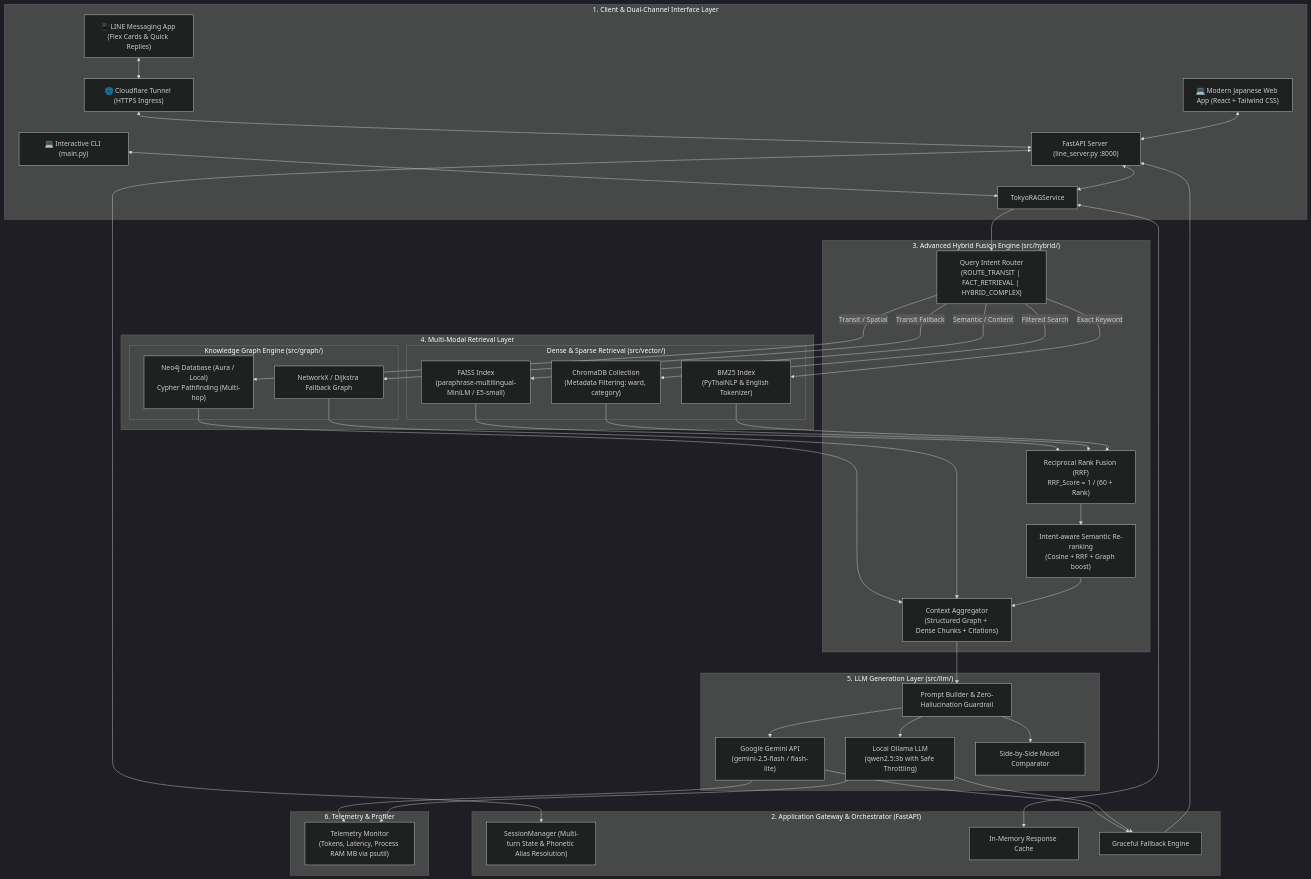
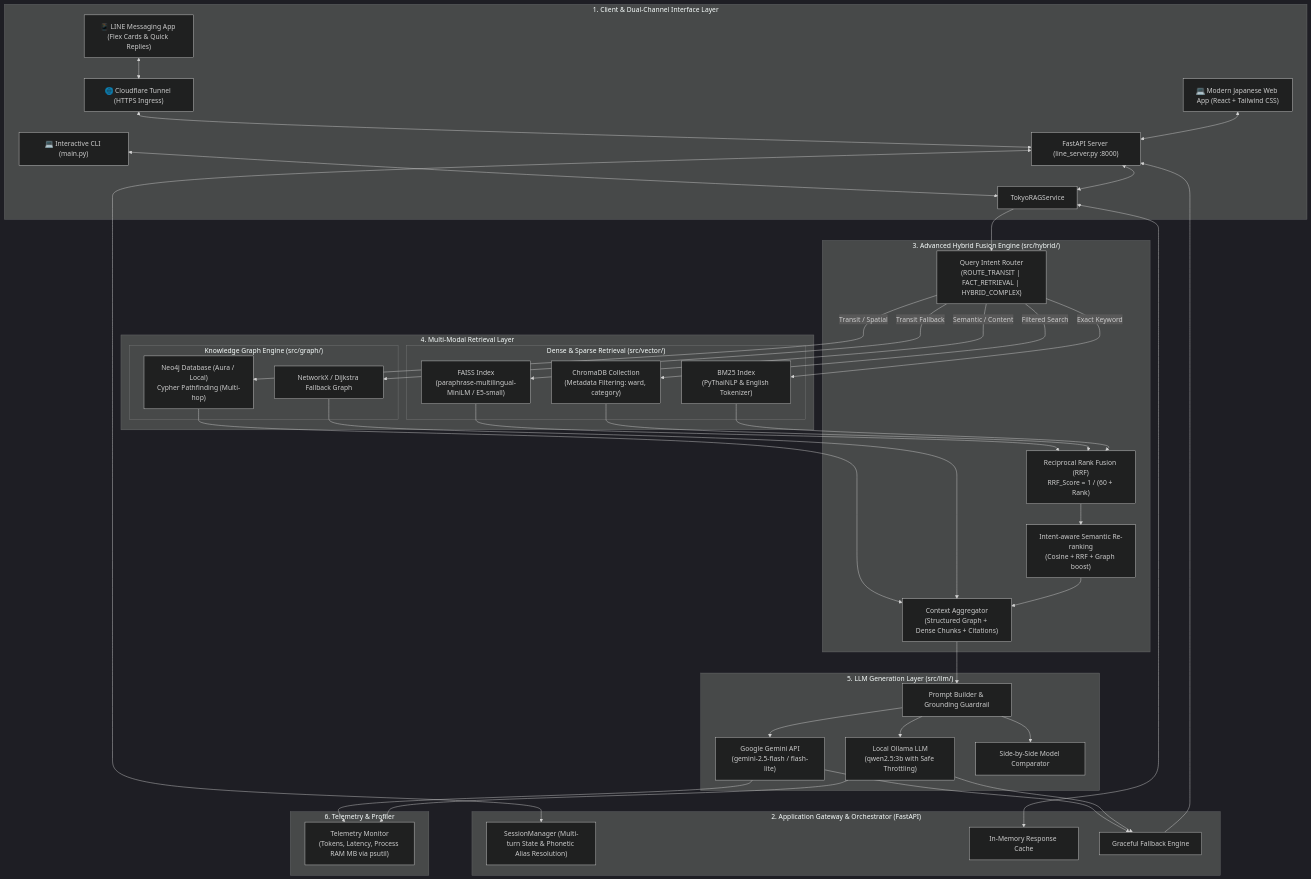
The diagram in README.md (xhier2547/Rag_Tokyo_Line), drawn with Mermaid (dark theme) before and after one commit. The commit also changed other lines of this file and 22 other files, not shown here.

````diff
--- a/README.md
+++ b/README.md
@@ -52,73 +52,73 @@
 ```mermaid
 flowchart TD
     subgraph ClientLayer ["1. Client & Dual-Channel Interface Layer"]
         LINE["📱 LINE Messaging App (Flex Cards & Quick Replies)"]
         WEB["💻 Modern Japanese Web App (React + Tailwind CSS)"]
         CLI["💻 Interactive CLI (main.py)"]
         TUNNEL["🌐 Cloudflare Tunnel (HTTPS Ingress)"]
         LINE <--> TUNNEL <--> WebHook
         WEB <--> WebHook
         CLI <--> RAGService
     end
 
     subgraph ServiceLayer ["2. Application Gateway & Orchestrator (FastAPI)"]
         WebHook["FastAPI Server (line_server.py :8000)"]
         SessionMgr["SessionManager (Multi-turn State & Phonetic Alias Resolution)"]
         RAGService["TokyoRAGService"]
         Cache["In-Memory Response Cache"]
         Fallback["Graceful Fallback Engine"]
         WebHook <--> SessionMgr
         WebHook <--> RAGService
         RAGService <--> Cache
     end
 
     subgraph HybridEngine ["3. Advanced Hybrid Fusion Engine (src/hybrid/)"]
         Router["Query Intent Router\n(ROUTE_TRANSIT | FACT_RETRIEVAL | HYBRID_COMPLEX)"]
         RRF["Reciprocal Rank Fusion (RRF)\nRRF_Score = 1 / (60 + Rank)"]
         ReRanker["Intent-aware Semantic Re-ranking\n(Cosine + RRF + Graph boost)"]
         ContextAssembler["Context Aggregator\n(Structured Graph + Dense Chunks + Citations)"]
         RAGService --> Router
     end
 
     subgraph RetrievalLayer ["4. Multi-Modal Retrieval Layer"]
         subgraph DenseSparse ["Dense & Sparse Retrieval (src/vector/)"]
             FAISS["FAISS Index\n(paraphrase-multilingual-MiniLM / E5-small)"]
             Chroma["ChromaDB Collection\n(Metadata Filtering: ward, category)"]
             BM25["BM25 Index\n(PyThaiNLP & English Tokenizer)"]
         end
         subgraph GraphDB ["Knowledge Graph Engine (src/graph/)"]
             Neo4j["Neo4j Database (Aura / Local)\nCypher Pathfinding (Multi-hop)"]
             GraphCache["NetworkX / Dijkstra Fallback Graph"]
         end
     end
 
     subgraph LLMLayer ["5. LLM Generation Layer (src/llm/)"]
-        PromptBuilder["Prompt Builder & Zero-Hallucination Guardrail"]
+        PromptBuilder["Prompt Builder & Grounding Guardrail"]
         GeminiClient["Google Gemini API\n(gemini-2.5-flash / flash-lite)"]
         LocalClient["Local Ollama LLM\n(qwen2.5:3b with Safe Throttling)"]
         Comparator["Side-by-Side Model Comparator"]
     end
 
     subgraph TelemetryLayer ["6. Telemetry & Profiler"]
         Telemetry["Telemetry Monitor\n(Tokens, Latency, Process RAM MB via psutil)"]
         GeminiClient --> Telemetry
         LocalClient --> Telemetry
     end
 
     Router -->|Transit / Spatial| Neo4j
     Router -->|Transit Fallback| GraphCache
     Router -->|Semantic / Content| FAISS
     Router -->|Filtered Search| Chroma
     Router -->|Exact Keyword| BM25
 
     FAISS & Chroma & BM25 --> RRF
     Neo4j & GraphCache --> ContextAssembler
     RRF --> ReRanker --> ContextAssembler
 
     ContextAssembler --> PromptBuilder
     PromptBuilder --> GeminiClient
     PromptBuilder --> LocalClient
     PromptBuilder --> Comparator
 
     GeminiClient & LocalClient --> Fallback --> WebHook
 ```
````
